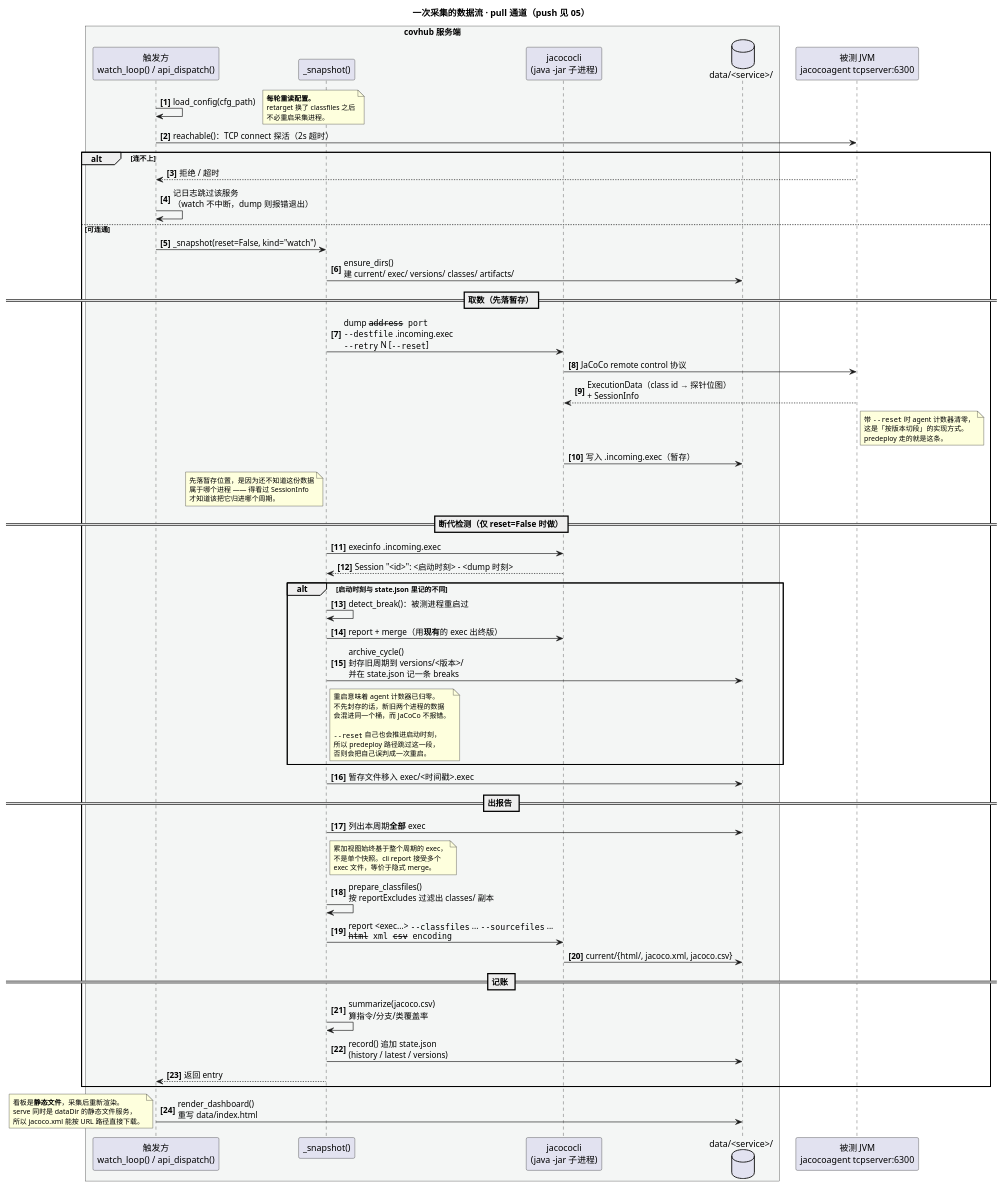
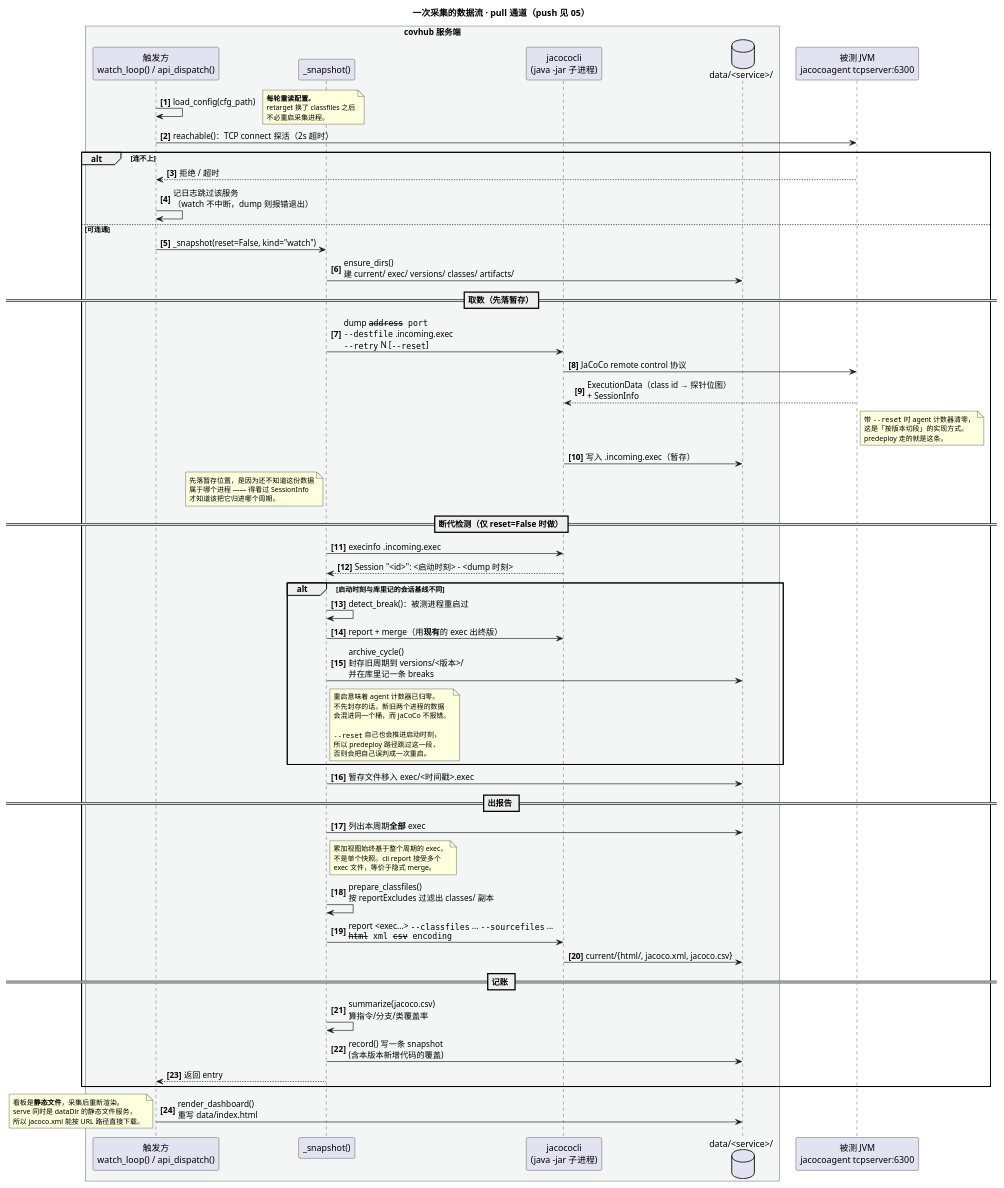
The diagram in docs/diagrams/02-collect.puml (SoperRookie/coverage-hub), drawn with PlantUML before and after one commit. The commit also changed 11 other files, not shown here.

```diff
--- a/docs/diagrams/02-collect.puml
+++ b/docs/diagrams/02-collect.puml
@@ -1,97 +1,97 @@
 @startuml 02-collect
 ' coverage-hub —— 一次采集的数据流
 ' 对应代码：watch_loop() / cmd_dump() -> _snapshot() -> do_dump() + make_report()
 ' watch 与 dump 走的是同一条路径，区别只有 kind 标记和触发方式。
 
 title 一次采集的数据流 · pull 通道（push 见 05）
 
 skinparam shadowing false
 skinparam ParticipantPadding 8
 skinparam BoxPadding 12
 skinparam NoteFontSize 11
 autonumber "<b>[0]"
 
 box "covhub 服务端" #F4F6F5
   participant "触发方\nwatch_loop() / api_dispatch()" as T
   participant "_snapshot()" as S
   participant "jacococli\n(java -jar 子进程)" as CLI
   database "data/<service>/" as D
 end box
 
 participant "被测 JVM\njacocoagent tcpserver:6300" as A
 
 T -> T : load_config(cfg_path)
 note right
   **每轮重读配置。**
   retarget 换了 classfiles 之后
   不必重启采集进程。
 end note
 
 T -> A : reachable()：TCP connect 探活（2s 超时）
 alt 连不上
   A --> T : 拒绝 / 超时
   T -> T : 记日志跳过该服务\n（watch 不中断，dump 则报错退出）
 else 可连通
   T -> S : _snapshot(reset=False, kind="watch")
   S -> D : ensure_dirs()\n建 current/ exec/ versions/ classes/ artifacts/
 
   == 取数（先落暂存）==
   S -> CLI : dump ""--address --port""\n""--destfile"" .incoming.exec\n""--retry"" N [""--reset""]
   CLI -> A : JaCoCo remote control 协议
   A --> CLI : ExecutionData（class id → 探针位图）\n+ SessionInfo
   note right of A
     带 ""--reset"" 时 agent 计数器清零，
     这是「按版本切段」的实现方式。
     predeploy 走的就是这条。
   end note
   CLI -> D : 写入 .incoming.exec（暂存）
   note left of S
     先落暂存位置，是因为还不知道这份数据
     属于哪个进程 —— 得看过 SessionInfo
     才知道该把它归进哪个周期。
   end note
 
   == 断代检测（仅 reset=False 时做）==
   S -> CLI : execinfo .incoming.exec
   CLI --> S : Session "<id>": <启动时刻> - <dump 时刻>
-  alt 启动时刻与 state.json 里记的不同
+  alt 启动时刻与库里记的会话基线不同
     S -> S : detect_break()：被测进程重启过
     S -> CLI : report + merge（用**现有**的 exec 出终版）
-    S -> D : archive_cycle()\n封存旧周期到 versions/<版本>/\n并在 state.json 记一条 breaks
+    S -> D : archive_cycle()\n封存旧周期到 versions/<版本>/\n并在库里记一条 breaks
     note right of S
       重启意味着 agent 计数器已归零。
       不先封存的话，新旧两个进程的数据
       会混进同一个桶，而 JaCoCo 不报错。
 
       ""--reset"" 自己也会推进启动时刻，
       所以 predeploy 路径跳过这一段，
       否则会把自己误判成一次重启。
     end note
   end
   S -> D : 暂存文件移入 exec/<时间戳>.exec
 
   == 出报告 ==
   S -> D : 列出本周期**全部** exec
   note right of S
     累加视图始终基于整个周期的 exec，
     不是单个快照。cli report 接受多个
     exec 文件，等价于隐式 merge。
   end note
   S -> S : prepare_classfiles()\n按 reportExcludes 过滤出 classes/ 副本
   S -> CLI : report <exec...> ""--classfiles"" ... ""--sourcefiles"" ...\n""--html --xml --csv --encoding""
   CLI -> D : current/{html/, jacoco.xml, jacoco.csv}
 
   == 记账 ==
   S -> S : summarize(jacoco.csv)\n算指令/分支/类覆盖率
-  S -> D : record() 追加 state.json\n(history / latest / versions)
+  S -> D : record() 写一条 snapshot\n(含本版本新增代码的覆盖)
   S --> T : 返回 entry
 end
 
 T -> D : render_dashboard()\n重写 data/index.html
 note left
   看板是**静态文件**，采集后重新渲染。
   serve 同时是 dataDir 的静态文件服务，
   所以 jacoco.xml 能按 URL 路径直接下载。
 end note
 
 @enduml
```
